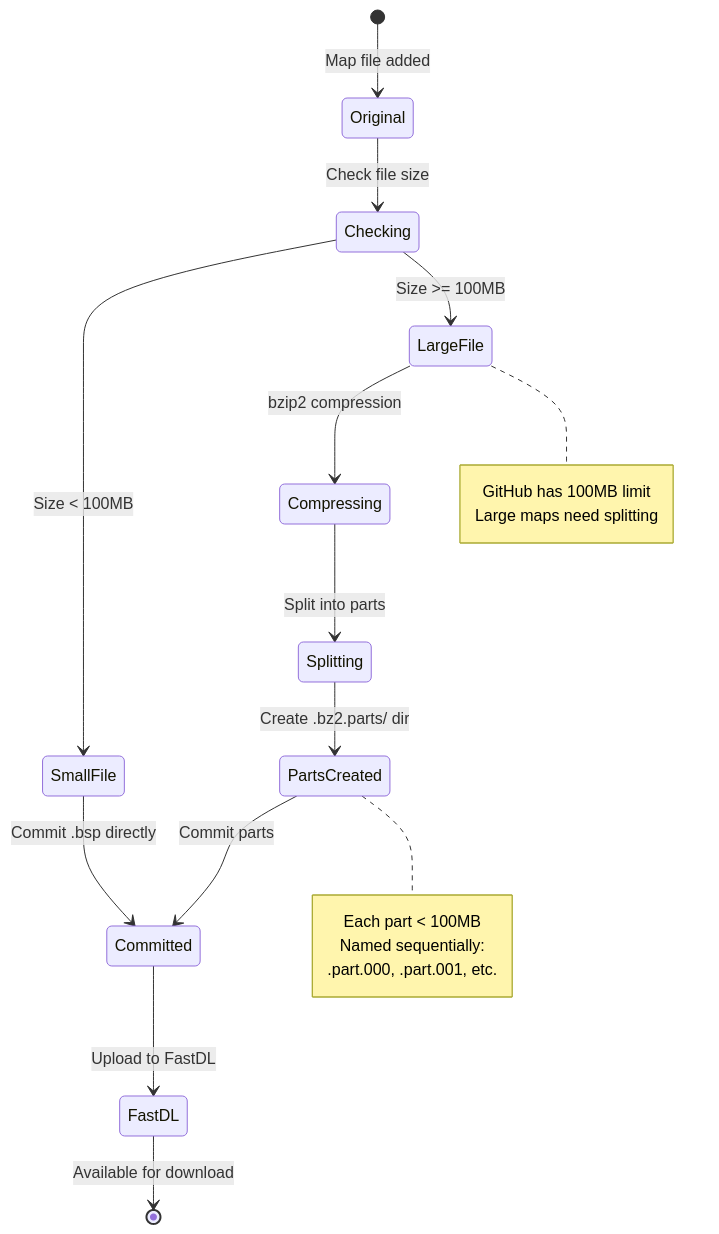
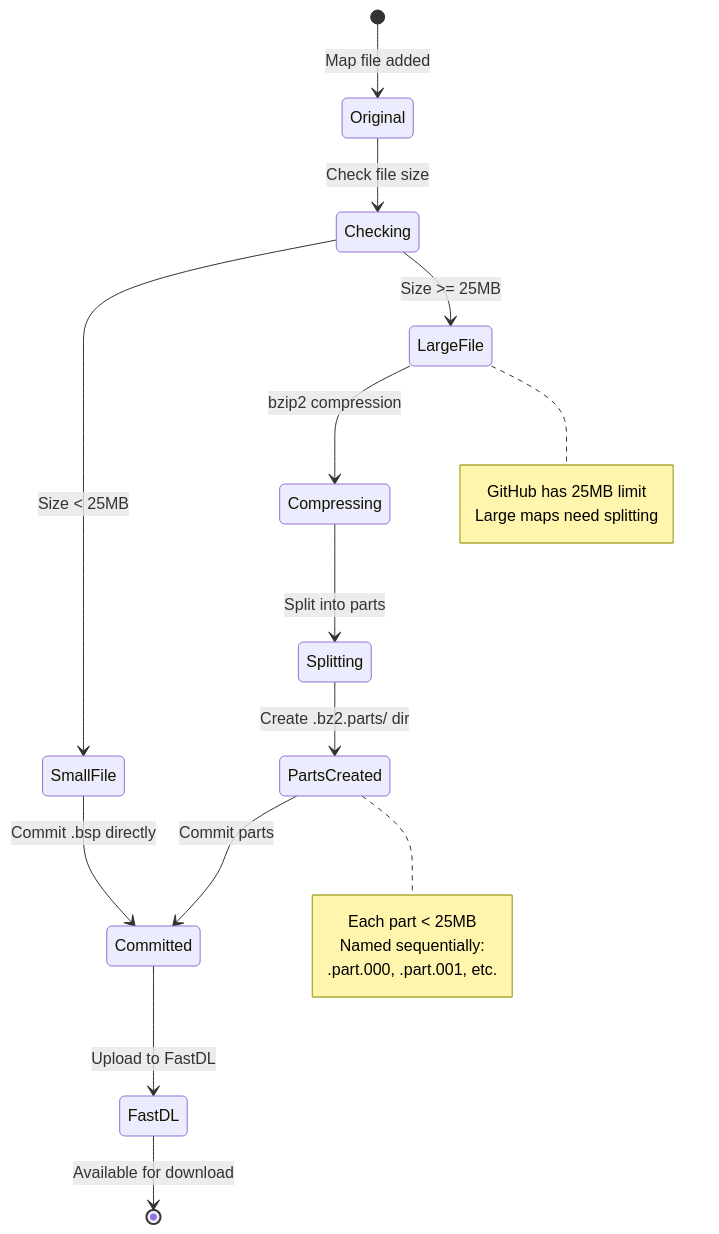
One commit to UDL-TF/ServerFiles changed the third of 3 diagrams in README.md. Above: the diagram before and after it, drawn with Mermaid. The commit also changed other lines of this file, not shown here.

Commit message:
fix: update file size limits in README.md for GitHub compatibility

````diff
--- a/README.md
+++ b/README.md
@@ -105,30 +96,30 @@
 ```mermaid
 stateDiagram-v2
     [*] --> Original: Map file added
     
     Original --> Checking: Check file size
     
-    Checking --> SmallFile: Size < 100MB
-    Checking --> LargeFile: Size >= 100MB
+    Checking --> SmallFile: Size < 25MB
+    Checking --> LargeFile: Size >= 25MB
     
     SmallFile --> Committed: Commit .bsp directly
     
     LargeFile --> Compressing: bzip2 compression
     Compressing --> Splitting: Split into parts
     Splitting --> PartsCreated: Create .bz2.parts/ dir
     PartsCreated --> Committed: Commit parts
     
     Committed --> FastDL: Upload to FastDL
     FastDL --> [*]: Available for download
     
     note right of LargeFile
-        GitHub has 100MB limit
+        GitHub has 25MB limit
         Large maps need splitting
     end note
     
     note right of PartsCreated
-        Each part < 100MB
+        Each part < 25MB
         Named sequentially:
         .part.000, .part.001, etc.
     end note
 ```
````
